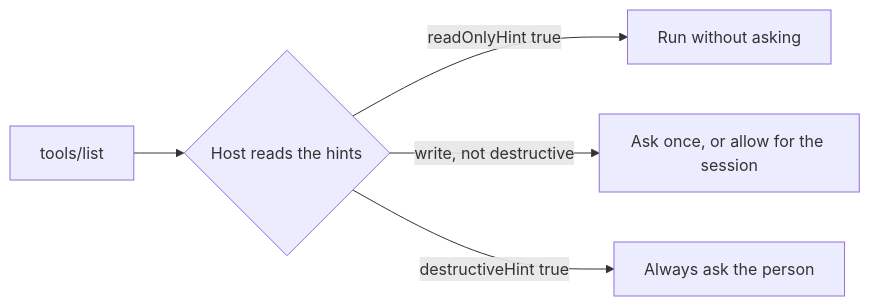
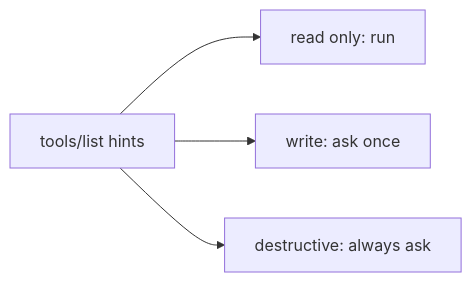
One commit to learnwithparam/mcp-workshop changed the diagram in parts/02-pick-the-right-tool/04-mark-risky-tools/problem/README.md. Above: the diagram before and after it, drawn with Mermaid. The commit also changed other lines of this file and 153 other files, not shown here.

````diff
--- a/parts/02-pick-the-right-tool/04-mark-risky-tools/problem/README.md
+++ b/parts/02-pick-the-right-tool/04-mark-risky-tools/problem/README.md
@@ -16,7 +7,6 @@
 ```mermaid
 flowchart LR
-  T[tools/list] --> H{Host reads the hints}
-  H -- readOnlyHint true --> R[Run without asking]
-  H -- write, not destructive --> W[Ask once, or allow for the session]
-  H -- destructiveHint true --> D[Always ask the person]
+  T[tools/list hints] --> R[read only: run] 
+  T --> W[write: ask once]
+  T --> D[destructive: always ask]
 ```
````
